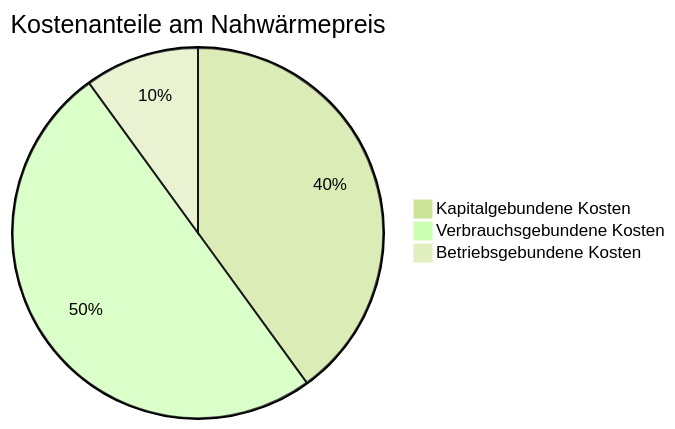
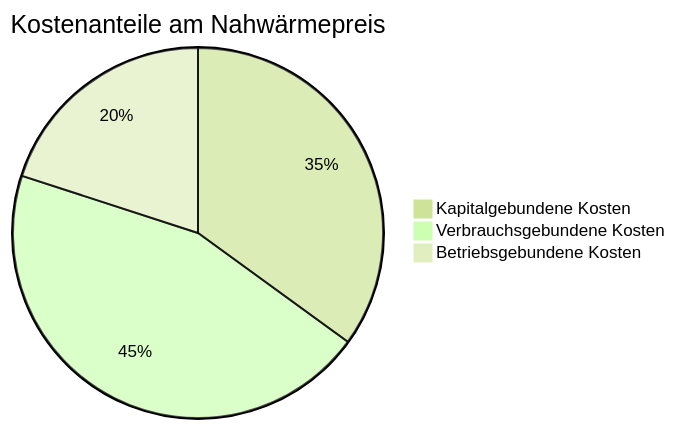
One commit to danthecowboy/gemeinsam-warm-website changed the diagram in content/kosten/preis/index.md. Above: the diagram before and after it, drawn with Mermaid (forest theme). The commit also changed other lines of this file and 5 other files, not shown here.

```diff
--- a/content/kosten/preis/index.md
+++ b/content/kosten/preis/index.md
@@ -18,6 +18,6 @@
 {{< mermaid >}}
 pie title Kostenanteile am Nahwärmepreis
-    "Kapitalgebundene Kosten" : 40
-    "Verbrauchsgebundene Kosten" : 50
-    "Betriebsgebundene Kosten" : 10
+    "Kapitalgebundene Kosten" : 35
+    "Verbrauchsgebundene Kosten" : 45
+    "Betriebsgebundene Kosten" : 20
 {{< /mermaid >}}
```
